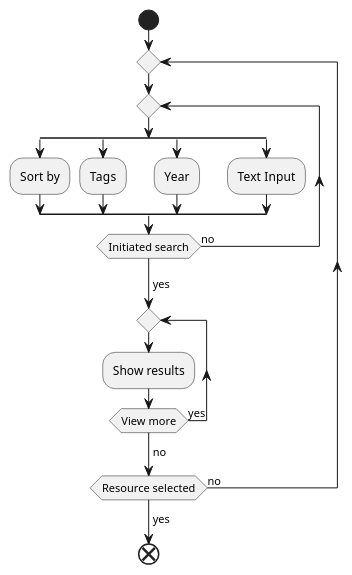
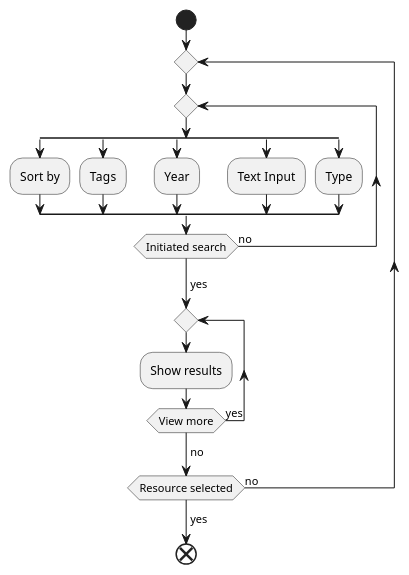
Before and after one commit to toffernator/blueberry: the diagram in docs/uml/user-navigational-path.puml, drawn with PlantUML.

Commit message:
Update navigational path with type (#148)

```diff
--- a/docs/uml/user-navigational-path.puml
+++ b/docs/uml/user-navigational-path.puml
@@ -1,26 +1,28 @@
 @startuml navigational path
 start
 
 repeat
 repeat
 split
     :Sort by;
 split again
     :Tags;
 split again
     :Year;
 split again
     :Text Input;
+split again
+    :Type;
 end split
 repeat while (Initiated search) is (no)
 ->yes;
 
 repeat
 :Show results; 
 repeat while (View more) is (yes)
 ->no;
 repeat while (Resource selected) is (no)
 ->yes;
 
 end
 @enduml
```
